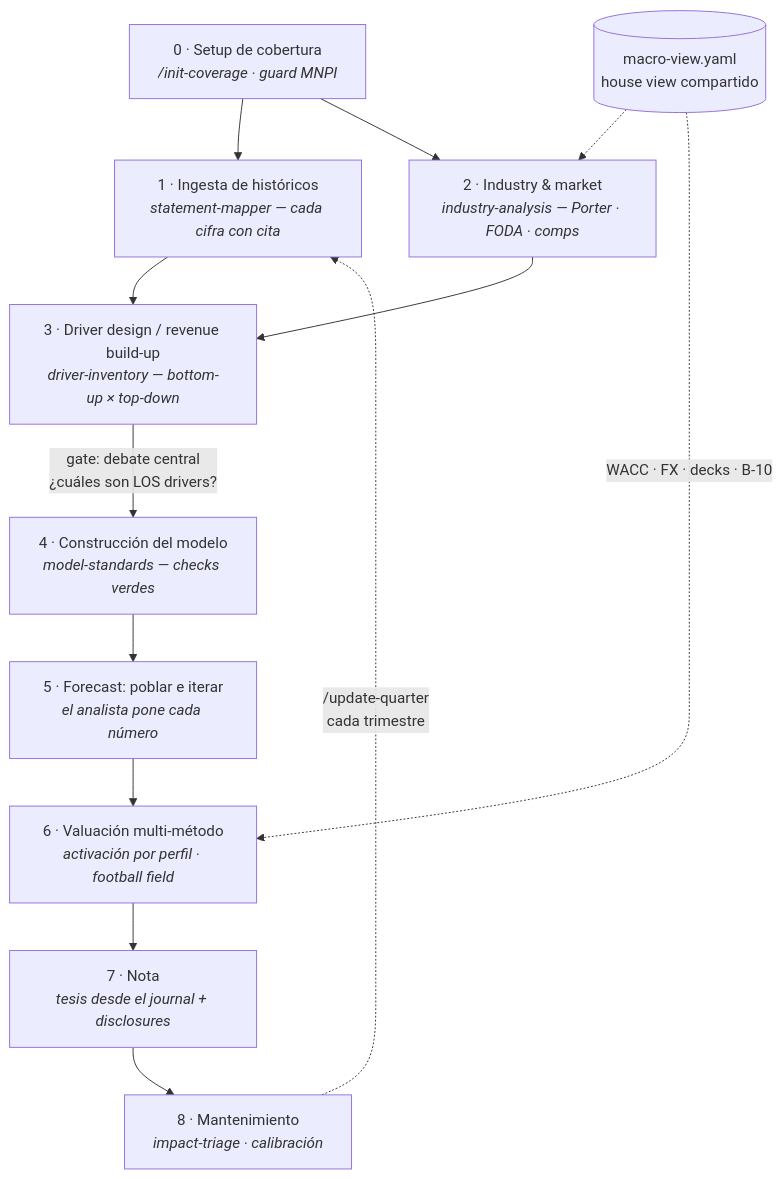
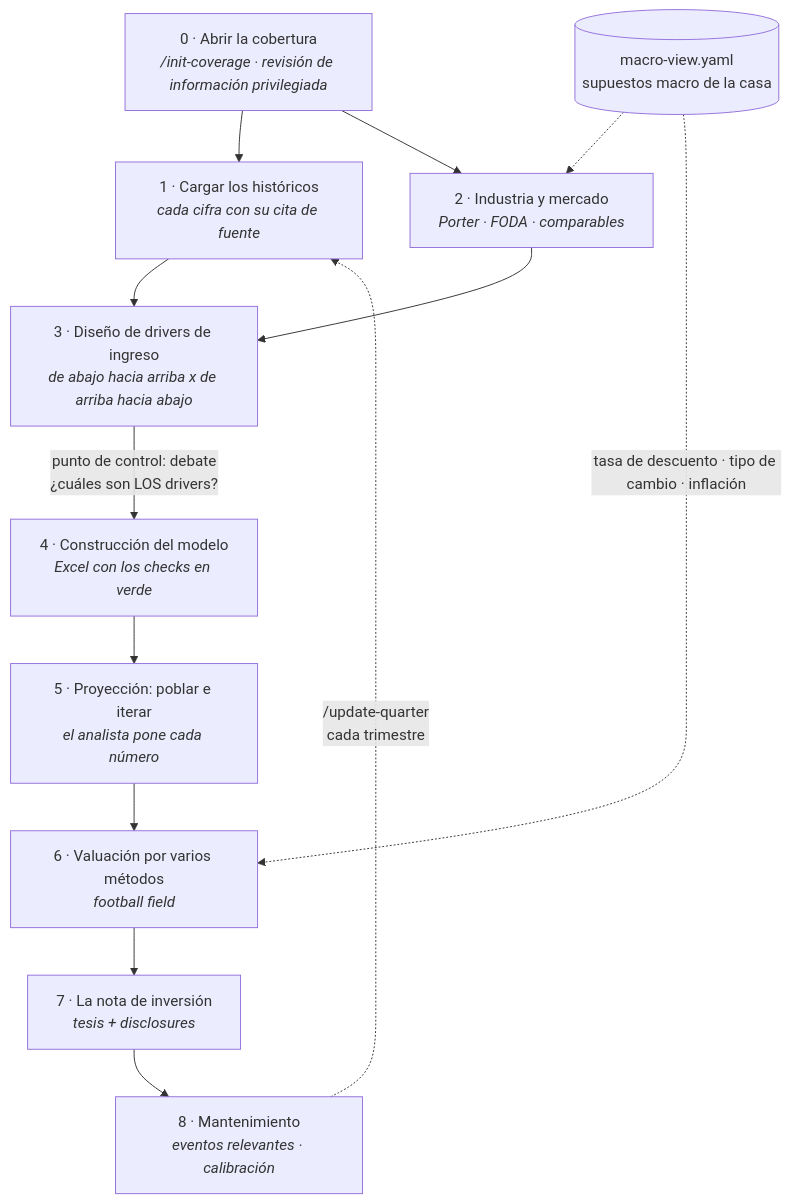
One commit to alanvaa06/research_analyst changed the diagram in README.md. Above: the diagram before and after it, drawn with Mermaid. The commit also changed other lines of this file and 1 other file, not shown here.

````diff
--- a/README.md
+++ b/README.md
@@ -53,22 +75,22 @@
 ```mermaid
 flowchart TD
-    S0["0 · Setup de cobertura<br/><i>/init-coverage · guard MNPI</i>"]
-    S1["1 · Ingesta de históricos<br/><i>statement-mapper — cada cifra con cita</i>"]
-    S2["2 · Industry & market<br/><i>industry-analysis — Porter · FODA · comps</i>"]
-    S3["3 · Driver design / revenue build-up<br/><i>driver-inventory — bottom-up × top-down</i>"]
-    S4["4 · Construcción del modelo<br/><i>model-standards — checks verdes</i>"]
-    S5["5 · Forecast: poblar e iterar<br/><i>el analista pone cada número</i>"]
-    S6["6 · Valuación multi-método<br/><i>activación por perfil · football field</i>"]
-    S7["7 · Nota<br/><i>tesis desde el journal + disclosures</i>"]
-    S8["8 · Mantenimiento<br/><i>impact-triage · calibración</i>"]
-    MV[("macro-view.yaml<br/>house view compartido")]
+    S0["0 · Abrir la cobertura<br/><i>/init-coverage · revisión de información privilegiada</i>"]
+    S1["1 · Cargar los históricos<br/><i>cada cifra con su cita de fuente</i>"]
+    S2["2 · Industria y mercado<br/><i>Porter · FODA · comparables</i>"]
+    S3["3 · Diseño de drivers de ingreso<br/><i>de abajo hacia arriba x de arriba hacia abajo</i>"]
+    S4["4 · Construcción del modelo<br/><i>Excel con los checks en verde</i>"]
+    S5["5 · Proyección: poblar e iterar<br/><i>el analista pone cada número</i>"]
+    S6["6 · Valuación por varios métodos<br/><i>football field</i>"]
+    S7["7 · La nota de inversión<br/><i>tesis + disclosures</i>"]
+    S8["8 · Mantenimiento<br/><i>eventos relevantes · calibración</i>"]
+    MV[("macro-view.yaml<br/>supuestos macro de la casa")]
 
     S0 --> S1 & S2
     S1 --> S3
     S2 --> S3
-    S3 -->|"gate: debate central<br/>¿cuáles son LOS drivers?"| S4
+    S3 -->|"punto de control: debate<br/>¿cuáles son LOS drivers?"| S4
     S4 --> S5 --> S6 --> S7 --> S8
     S8 -.->|"/update-quarter<br/>cada trimestre"| S1
     MV -.-> S2
-    MV -.->|"WACC · FX · decks · B-10"| S6
+    MV -.->|"tasa de descuento · tipo de cambio · inflación"| S6
 ```
````
